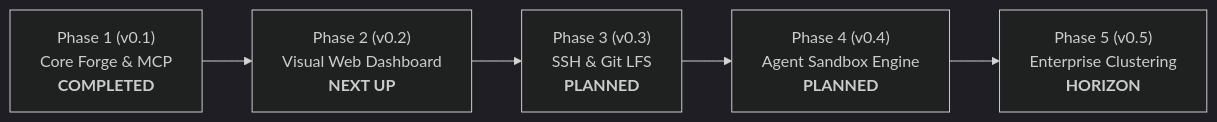
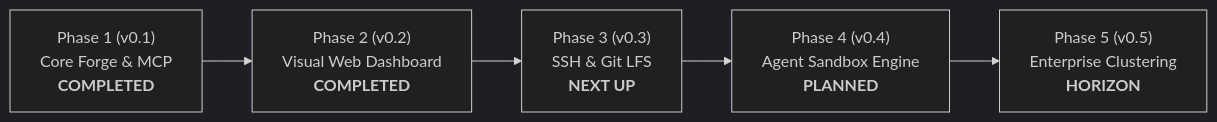
The diagram in ROADMAP.md (RavaniRoshan/exist.io), drawn with Mermaid (dark theme) before and after one commit. The commit also changed other lines of this file and 38 other files, not shown here.

Commit message:
feat(web): implement Space UI visual dashboard with AI agent MCP telemetry

````diff
--- a/ROADMAP.md
+++ b/ROADMAP.md
@@ -21,13 +21,13 @@
 ```mermaid
 flowchart LR
     P1["Phase 1 (v0.1)<br/>Core Forge & MCP<br/><b>COMPLETED</b>"]
-    P2["Phase 2 (v0.2)<br/>Visual Web Dashboard<br/><b>NEXT UP</b>"]
-    P3["Phase 3 (v0.3)<br/>SSH & Git LFS<br/><b>PLANNED</b>"]
+    P2["Phase 2 (v0.2)<br/>Visual Web Dashboard<br/><b>COMPLETED</b>"]
+    P3["Phase 3 (v0.3)<br/>SSH & Git LFS<br/><b>NEXT UP</b>"]
     P4["Phase 4 (v0.4)<br/>Agent Sandbox Engine<br/><b>PLANNED</b>"]
     P5["Phase 5 (v0.5)<br/>Enterprise Clustering<br/><b>HORIZON</b>"]
 
     P1 --> P2
     P2 --> P3
     P3 --> P4
     P4 --> P5
 ```
````
